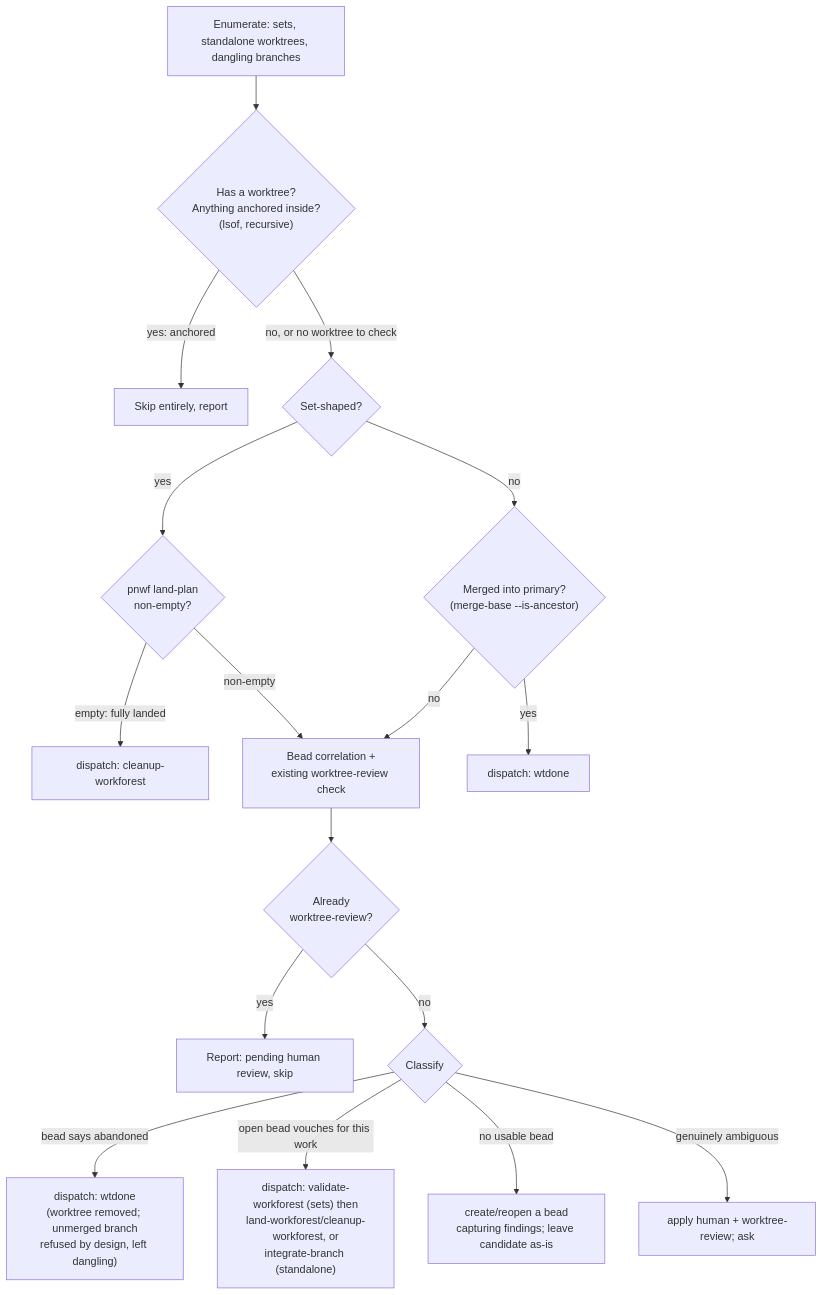
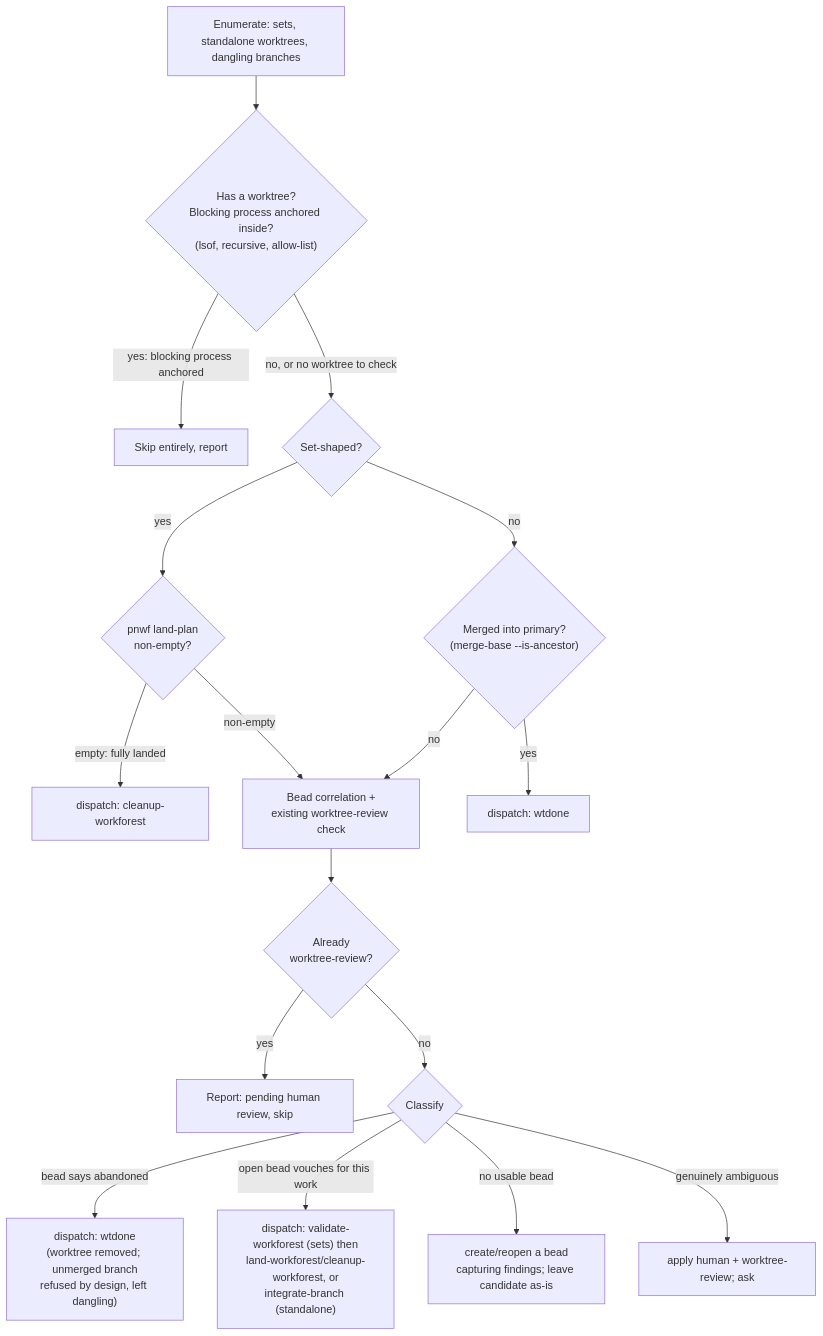
Before and after one commit to phillipgreenii/nix-repo-base: the diagram in pn-workspace-rules/skills/audit-worktrees/SKILL.md, drawn with Mermaid. The commit also changed other lines of this file and 3 other files, not shown here.

First line of the commit message:
docs(pnwf): record that cleanup inherits wtdone's liveness allow-list; test refusal relay

````diff
--- a/pn-workspace-rules/skills/audit-worktrees/SKILL.md
+++ b/pn-workspace-rules/skills/audit-worktrees/SKILL.md
@@ -92,19 +92,19 @@
 ```mermaid
 flowchart TD
-    E["Enumerate: sets, standalone worktrees, dangling branches"] --> A{"Has a worktree?\nAnything anchored inside?\n(lsof, recursive)"}
-    A -->|yes: anchored| SKIP["Skip entirely, report"]
+    E["Enumerate: sets, standalone worktrees, dangling branches"] --> A{"Has a worktree?\nBlocking process anchored inside?\n(lsof, recursive, allow-list)"}
+    A -->|yes: blocking process anchored| SKIP["Skip entirely, report"]
     A -->|no, or no worktree to check| SET{"Set-shaped?"}
     SET -->|yes| SLP{"pnwf land-plan\nnon-empty?"}
     SLP -->|empty: fully landed| SCU["dispatch: cleanup-workforest"]
     SLP -->|non-empty| CLS
     SET -->|no| M{"Merged into primary?\n(merge-base --is-ancestor)"}
     M -->|yes| RM["dispatch: wtdone"]
     M -->|no| CLS["Bead correlation +\nexisting worktree-review check"]
     CLS --> RV{"Already\nworktree-review?"}
     RV -->|yes| PEND["Report: pending human review, skip"]
     RV -->|no| C{"Classify"}
     C -->|"bead says abandoned"| RM2["dispatch: wtdone\n(worktree removed; unmerged branch\nrefused by design, left dangling)"]
     C -->|"open bead vouches for this work"| LB["dispatch: validate-workforest (sets) then\nland-workforest/cleanup-workforest, or\nintegrate-branch (standalone)"]
     C -->|"no usable bead"| BEAD["create/reopen a bead\ncapturing findings; leave candidate as-is"]
     C -->|"genuinely ambiguous"| HUMAN["apply human + worktree-review; ask"]
 ```
````
